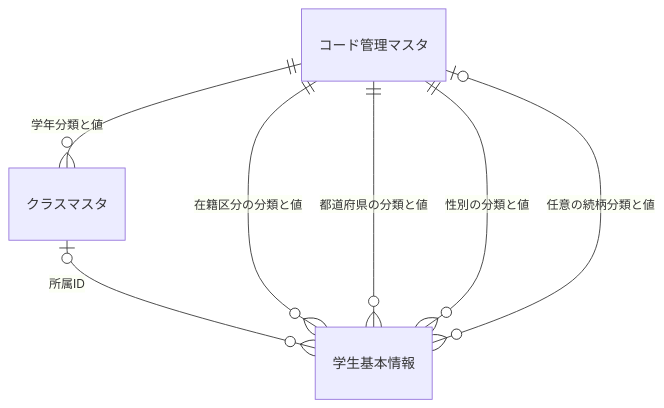
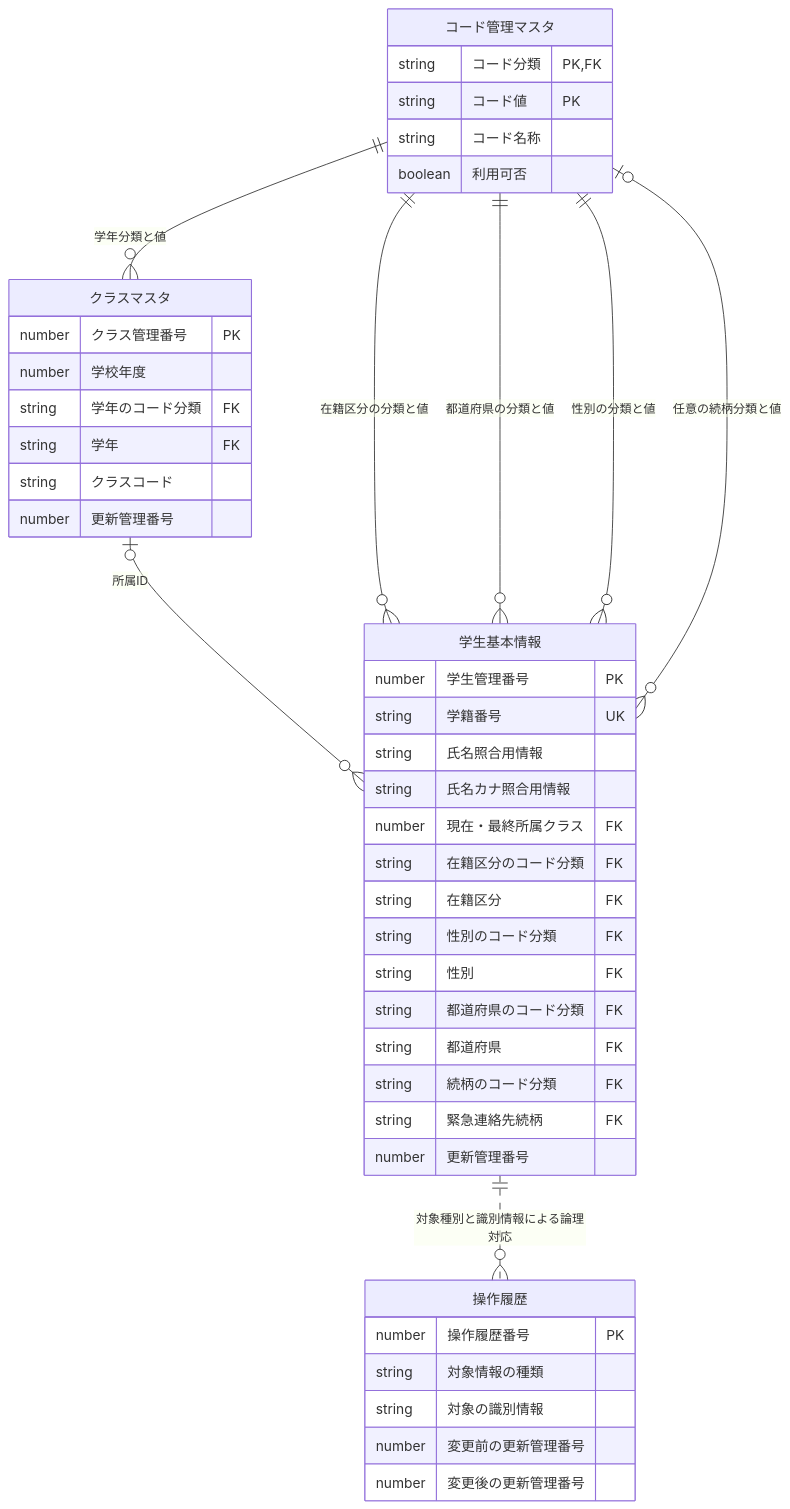
One commit to tujinrong/contextbase-evaluation changed the ninth of 15 diagrams in test-project1/spec/AS400_RPG/基本設計書/02_学生登録画面.md. Above: the diagram before and after it, drawn with Mermaid. The commit also changed other lines of this file and 157 other files, not shown here.

````diff
--- a/test-project1/spec/AS400_RPG/基本設計書/02_学生登録画面.md
+++ b/test-project1/spec/AS400_RPG/基本設計書/02_学生登録画面.md
@@ -495,9 +608,47 @@
 ```mermaid
 erDiagram
     クラスマスタ o|--o{ 学生基本情報 : "所属ID"
     コード管理マスタ ||--o{ クラスマスタ : "学年分類と値"
     コード管理マスタ ||--o{ 学生基本情報 : "在籍区分の分類と値"
     コード管理マスタ ||--o{ 学生基本情報 : "都道府県の分類と値"
     コード管理マスタ ||--o{ 学生基本情報 : "性別の分類と値"
     コード管理マスタ o|--o{ 学生基本情報 : "任意の続柄分類と値"
+    クラスマスタ {
+        number クラス管理番号 PK
+        number 学校年度
+        string 学年のコード分類 FK
+        string 学年 FK
+        string クラスコード
+        number 更新管理番号
+    }
+    学生基本情報 {
+        number 学生管理番号 PK
+        string 学籍番号 UK
+        string 氏名照合用情報
+        string 氏名カナ照合用情報
+        number 現在・最終所属クラス FK
+        string 在籍区分のコード分類 FK
+        string 在籍区分 FK
+        string 性別のコード分類 FK
+        string 性別 FK
+        string 都道府県のコード分類 FK
+        string 都道府県 FK
+        string 続柄のコード分類 FK
+        string 緊急連絡先続柄 FK
+        number 更新管理番号
+    }
+    コード管理マスタ {
+        string コード分類 PK,FK
+        string コード値 PK
+        string コード名称
+        boolean 利用可否
+    }
+    学生基本情報 ||..o{ 操作履歴 : "対象種別と識別情報による論理対応"
+    操作履歴 {
+        number 操作履歴番号 PK
+        string 対象情報の種類
+        string 対象の識別情報
+        number 変更前の更新管理番号
+        number 変更後の更新管理番号
+    }
 ```
````
